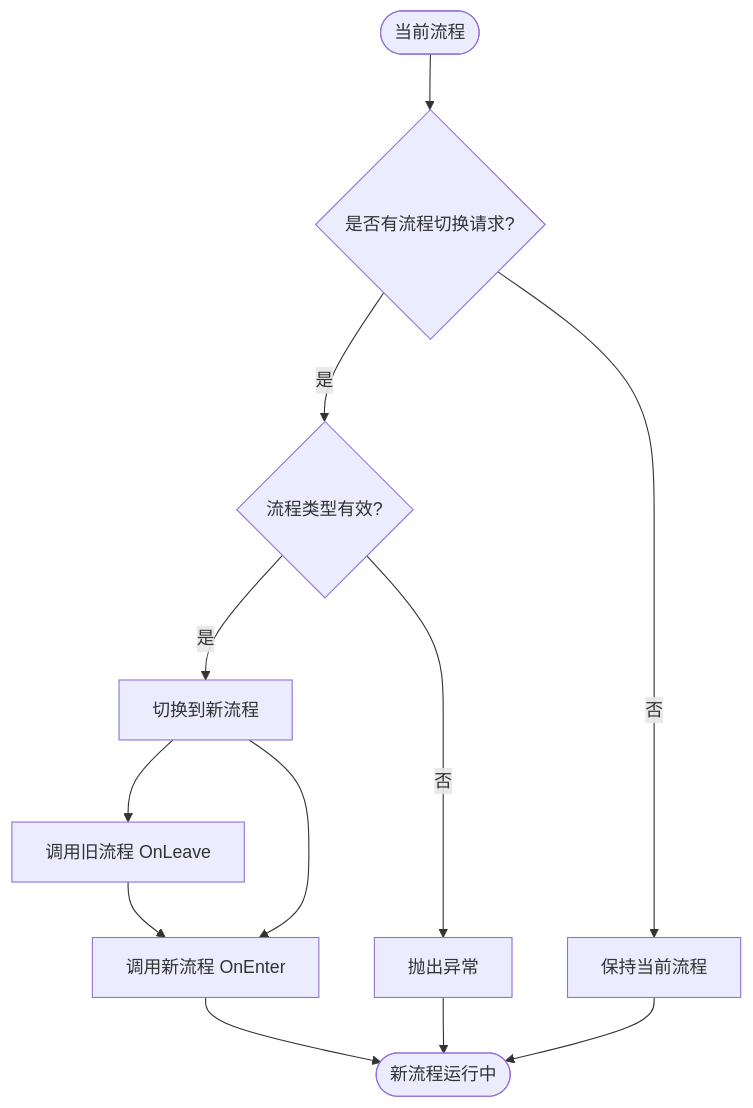
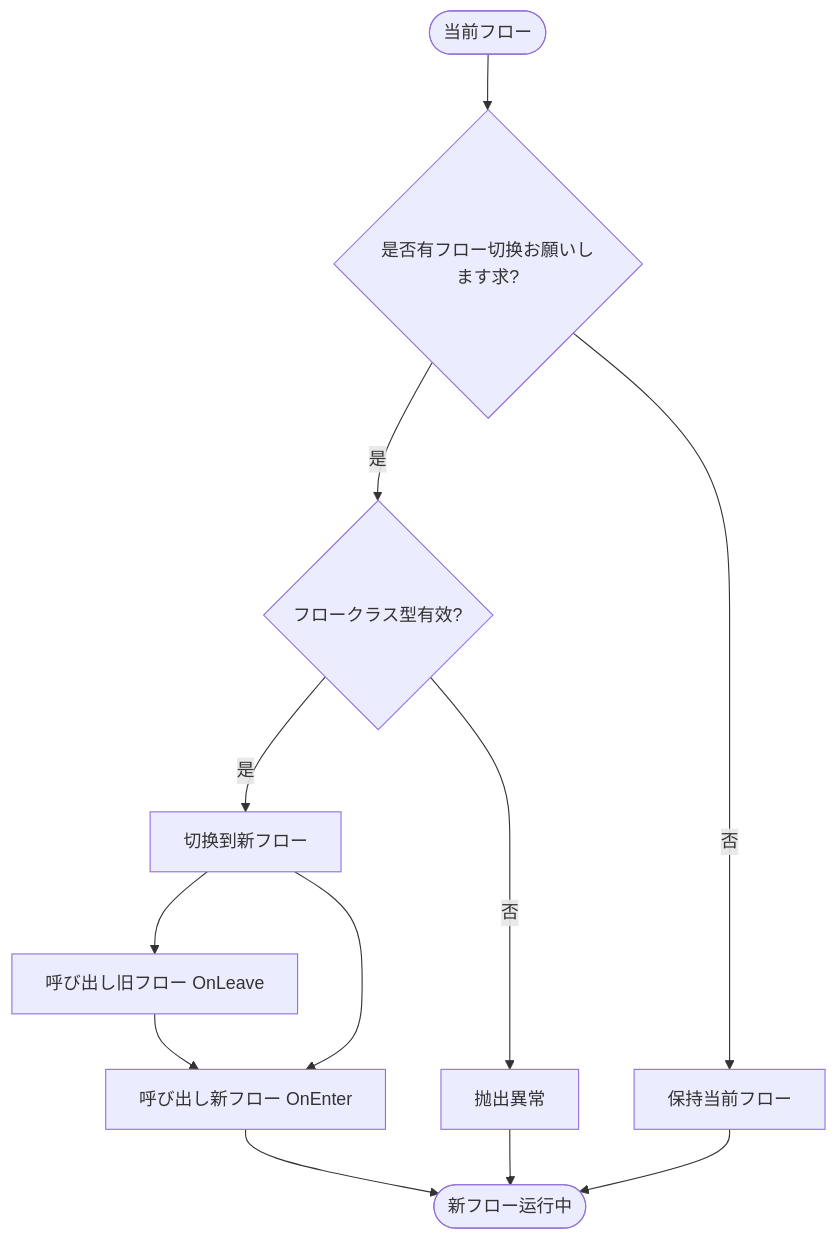
Before and after one commit to AlianBlank/GameFrameX.Docs: the third of 3 diagrams in docs/ja/client/unity/component/procedure/05.iprocedure-manager.md, drawn with Mermaid. The commit also changed other lines of this file and 603 other files, not shown here.

````diff
--- a/docs/ja/client/unity/component/procedure/05.iprocedure-manager.md
+++ b/docs/ja/client/unity/component/procedure/05.iprocedure-manager.md
@@ -88,14 +88,14 @@
 ```mermaid
 flowchart TD
-    Start([当前流程]) --> Check{是否有流程切换请求?}
-    Check -->|是| Validate{流程类型有效?}
-    Check -->|否| Keep[保持当前流程]
-    Validate -->|是| Switch[切换到新流程]
-    Validate -->|否| Error[抛出异常]
-    Switch --> Leave[调用旧流程 OnLeave]
-    Switch --> Enter[调用新流程 OnEnter]
+    Start([当前フロー]) --> Check{是否有フロー切换お願いします求?}
+    Check -->|是| Validate{フロークラス型有效?}
+    Check -->|否| Keep[保持当前フロー]
+    Validate -->|是| Switch[切换到新フロー]
+    Validate -->|否| Error[抛出異常]
+    Switch --> Leave[呼び出し旧フロー OnLeave]
+    Switch --> Enter[呼び出し新フロー OnEnter]
     Leave --> Enter
-    Enter --> End([新流程运行中])
+    Enter --> End([新フロー运行中])
     Keep --> End
     Error --> End
 ```
````
